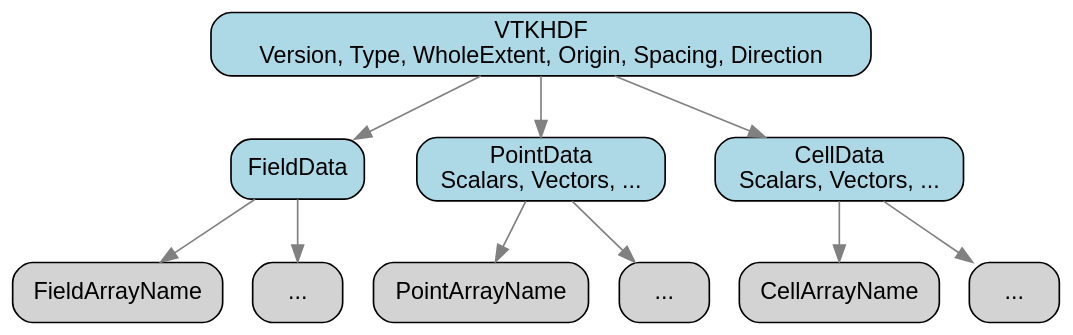
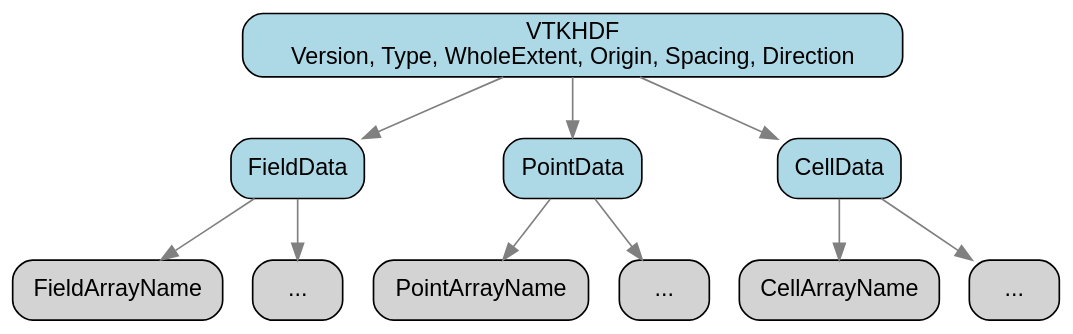
The second of 10 diagrams in Documentation/docs/vtk_file_formats/vtkhdf_file_format/vtkhdf_specifications.md (Kitware/VTK), drawn with Graphviz before and after one commit. The commit also changed other lines of this file, not shown here.

````diff
--- a/Documentation/docs/vtk_file_formats/vtkhdf_file_format/vtkhdf_specifications.md
+++ b/Documentation/docs/vtk_file_formats/vtkhdf_file_format/vtkhdf_specifications.md
@@ -99,32 +101,32 @@
 ```{graphviz}
 digraph G {
     graph [bgcolor=transparent, fontname="Helvetica"];
     node [style=filled, fillcolor=white, fontname="Helvetica"];
     edge [color=gray, fontname="Helvetica"];
 
     VTKHDF [label="VTKHDF\n Version, Type, WholeExtent, Origin, Spacing, Direction", shape=Mrecord, fillcolor=lightblue];
 
     FieldData [label="FieldData", shape=Mrecord, fillcolor=lightblue];
-    PointData [label="PointData\nScalars, Vectors, ...", shape=Mrecord, fillcolor=lightblue];
-    CellData [label="CellData\nScalars, Vectors, ...", shape=Mrecord, fillcolor=lightblue];
+    PointData [label="PointData", shape=Mrecord, fillcolor=lightblue];
+    CellData [label="CellData", shape=Mrecord, fillcolor=lightblue];
 
     FieldArrayName [label="FieldArrayName", shape=Mrecord, fillcolor=lightgrey];
     PointArrayName [label="PointArrayName", shape=Mrecord, fillcolor=lightgrey];
     CellArrayName [label="CellArrayName", shape=Mrecord, fillcolor=lightgrey];
 
     FieldArrayNameEtc [label="...", shape=Mrecord, fillcolor=lightgrey];
     PointArrayNameEtc [label="...", shape=Mrecord, fillcolor=lightgrey];
     CellArrayNameEtc [label="...", shape=Mrecord, fillcolor=lightgrey];
 
     VTKHDF -> FieldData;
     VTKHDF -> PointData;
     VTKHDF -> CellData;
     FieldData -> FieldArrayName;
     PointData -> PointArrayName;
     CellData -> CellArrayName;
     FieldData -> FieldArrayNameEtc;
     PointData -> PointArrayNameEtc;
     CellData -> CellArrayNameEtc;
 }
 
 ```
````
